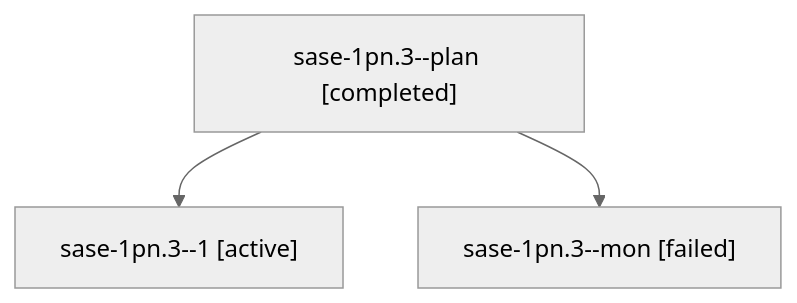
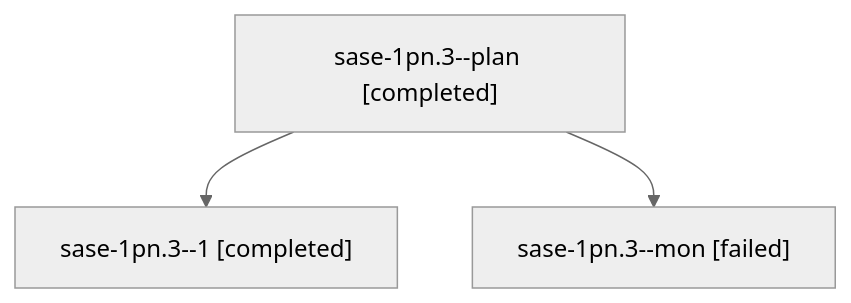
The diagram in sessions/bbugyi200.athena.sase-1pn.3.md (sase-org/sase--agents), drawn with Mermaid (neutral theme) before and after one commit. The commit also changed other lines of this file and 12 other files, not shown here.

````diff
--- a/sessions/bbugyi200.athena.sase-1pn.3.md
+++ b/sessions/bbugyi200.athena.sase-1pn.3.md
@@ -9,8 +9,8 @@
 ```mermaid
 flowchart TD
   n0["sase-1pn.3--plan [completed]"]
-  n1["sase-1pn.3--1 [active]"]
+  n1["sase-1pn.3--1 [completed]"]
   n0 --> n1
   n2["sase-1pn.3--mon [failed]"]
   n0 --> n2
 ```
````
